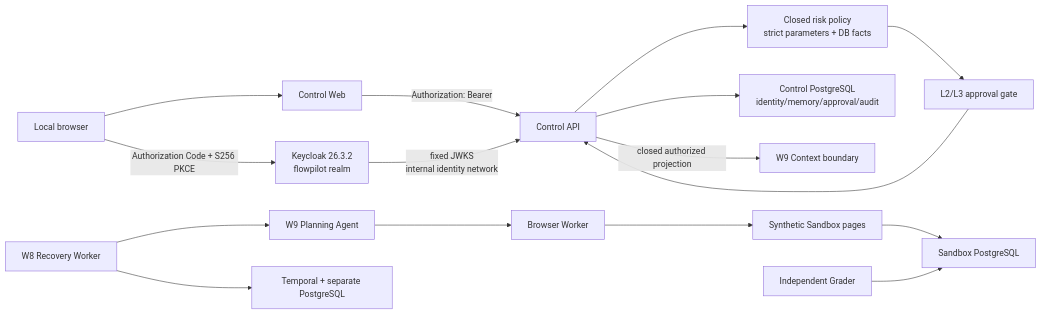
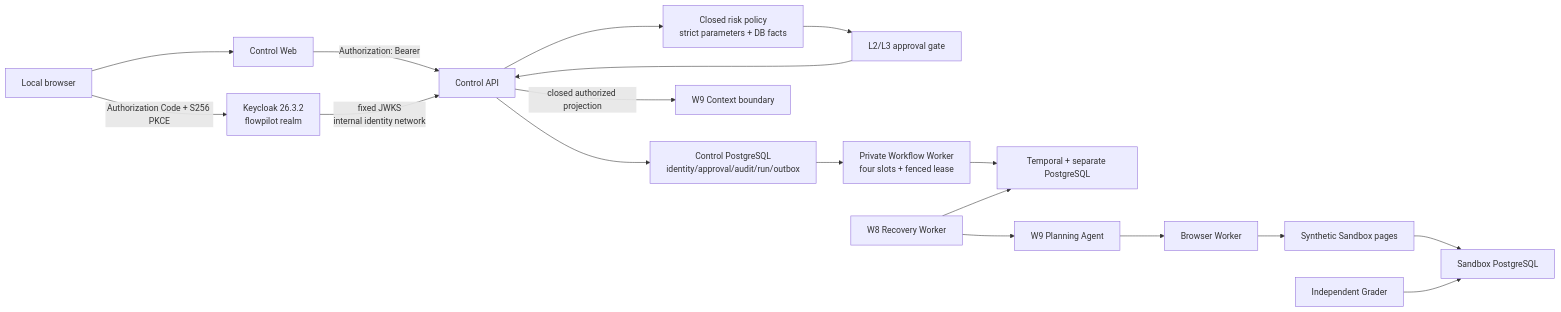
The first of 2 diagrams in docs/architecture.md (taka-wzx/flowpilot-arena), drawn with Mermaid before and after one commit. The commit also changed other lines of this file and 68 other files, not shown here.

```diff
--- a/docs/architecture.md
+++ b/docs/architecture.md
@@ -13,18 +15,20 @@
 ~~~mermaid
 flowchart LR
     Human["Local browser"] -->|"Authorization Code + S256 PKCE"| KC["Keycloak 26.3.2\nflowpilot realm"]
     Human --> CW["Control Web"]
     CW -->|"Authorization: Bearer"| CA["Control API"]
     KC -->|"fixed JWKS\ninternal identity network"| CA
     CA --> Risk["Closed risk policy\nstrict parameters + DB facts"]
     Risk --> Approval["L2/L3 approval gate"]
     Approval --> CA
-    CA --> CPDB["Control PostgreSQL\nidentity/memory/approval/audit"]
+    CA --> CPDB["Control PostgreSQL\nidentity/approval/audit/run/outbox"]
+    CPDB --> WW["Private Workflow Worker\nfour slots + fenced lease"]
+    WW --> Temporal["Temporal + separate PostgreSQL"]
     CA -->|"closed authorized projection"| Context["W9 Context boundary"]
     Recovery["W8 Recovery Worker"] --> Planning["W9 Planning Agent"]
     Planning --> Browser["Browser Worker"]
     Browser --> Web["Synthetic Sandbox pages"]
     Web --> SDB["Sandbox PostgreSQL"]
     Grader["Independent Grader"] --> SDB
-    Recovery --> Temporal["Temporal + separate PostgreSQL"]
+    Recovery --> Temporal
 ~~~
```
